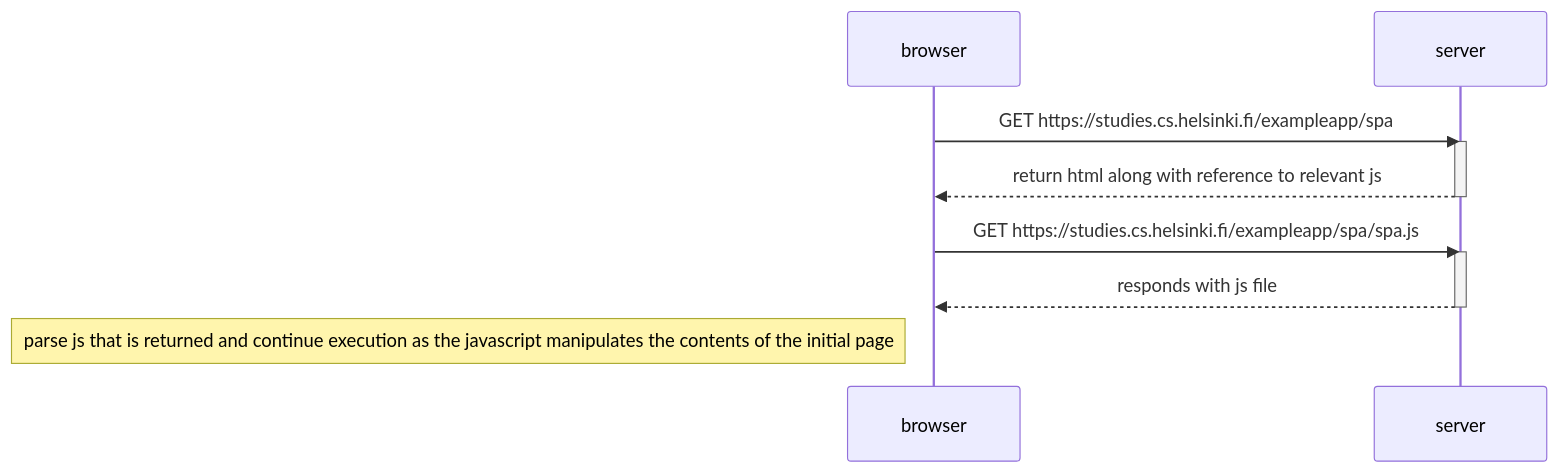
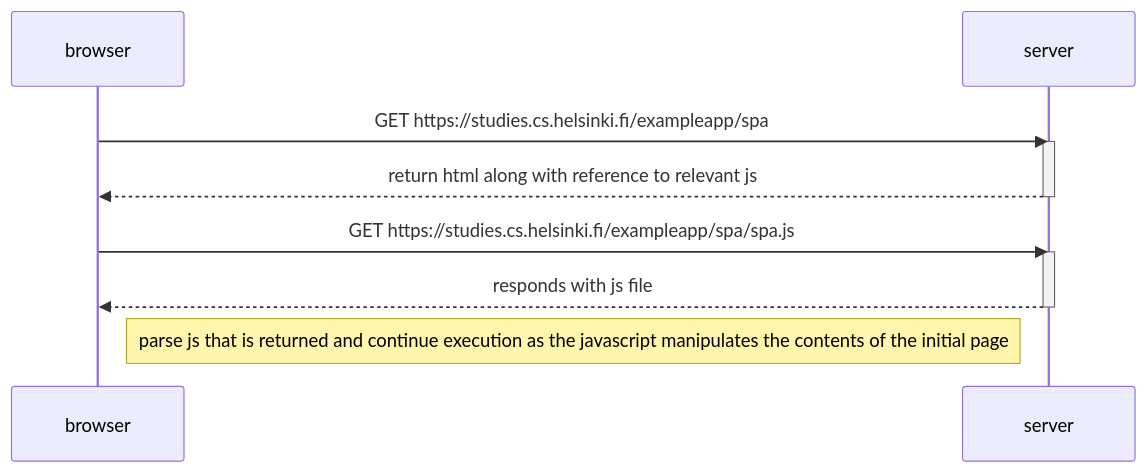
One commit to temideewan/fullstack_open changed the diagram in part0/SinglePage.md. Above: the diagram before and after it, drawn with Mermaid.

Commit message:
fix: note placement

````diff
--- a/part0/SinglePage.md
+++ b/part0/SinglePage.md
@@ -3,17 +3,17 @@
 ```mermaid
 sequenceDiagram
   participant browser
   participant server
 
   browser->>server: GET https://studies.cs.helsinki.fi/exampleapp/spa
   activate server
   server-->>browser: return html along with reference to relevant js
   deactivate server
 
   browser->>server: GET https://studies.cs.helsinki.fi/exampleapp/spa/spa.js
   activate server
   server-->>browser: responds with js file
   deactivate server
   
-  Note left of browser: parse js that is returned and continue execution as the javascript manipulates the contents of the initial page
+  Note right of browser: parse js that is returned and continue execution as the javascript manipulates the contents of the initial page
 ```
````
